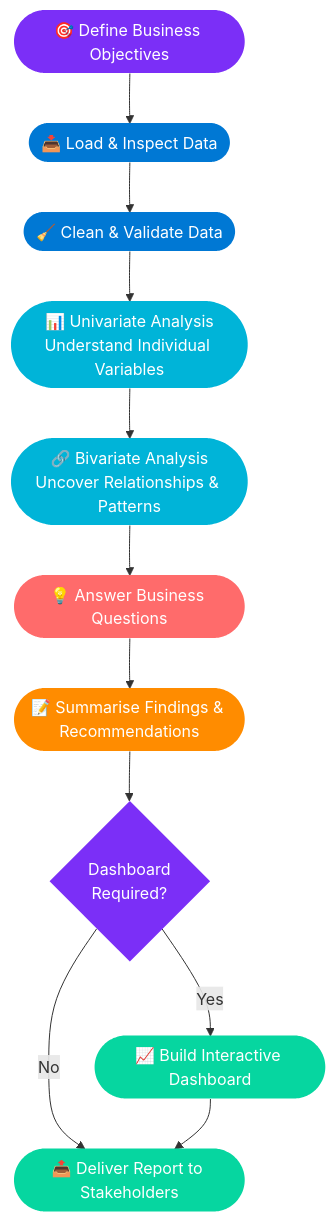
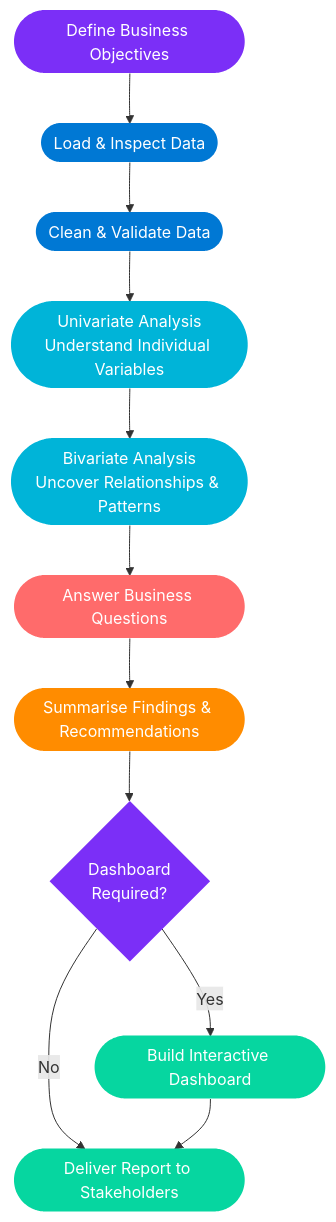
One commit to AamirDevnath/AamirDevnath changed the diagram in README.md. Above: the diagram before and after it, drawn with Mermaid. The commit also changed other lines of this file, not shown here.

````diff
--- a/README.md
+++ b/README.md
@@ -42,24 +36,24 @@
 ```mermaid
 flowchart TD
-    A([🎯 Define Business Objectives]) --> B
-    B([📥 Load & Inspect Data]) --> C
-    C([🧹 Clean & Validate Data]) --> D
-    D([📊 Univariate Analysis\nUnderstand Individual Variables]) --> E
-    E([🔗 Bivariate Analysis\nUncover Relationships & Patterns]) --> F
-    F([💡 Answer Business Questions]) --> G
-    G([📝 Summarise Findings & Recommendations]) --> H{Dashboard\nRequired?}
-    H -- Yes --> I([📈 Build Interactive Dashboard])
-    H -- No --> J([📤 Deliver Report to Stakeholders])
+    A([Define Business Objectives]) --> B
+    B([Load & Inspect Data]) --> C
+    C([Clean & Validate Data]) --> D
+    D([Univariate Analysis\nUnderstand Individual Variables]) --> E
+    E([Bivariate Analysis\nUncover Relationships & Patterns]) --> F
+    F([Answer Business Questions]) --> G
+    G([Summarise Findings & Recommendations]) --> H{Dashboard\nRequired?}
+    H -- Yes --> I([Build Interactive Dashboard])
+    H -- No --> J([Deliver Report to Stakeholders])
     I --> J
 
     style A fill:#7B2FF7,color:#fff,stroke:none
     style B fill:#0078D4,color:#fff,stroke:none
     style C fill:#0078D4,color:#fff,stroke:none
     style D fill:#00B4D8,color:#fff,stroke:none
     style E fill:#00B4D8,color:#fff,stroke:none
     style F fill:#FF6B6B,color:#fff,stroke:none
     style G fill:#FF8C00,color:#fff,stroke:none
     style H fill:#7B2FF7,color:#fff,stroke:none
     style I fill:#06D6A0,color:#fff,stroke:none
     style J fill:#06D6A0,color:#fff,stroke:none
 ```
````
